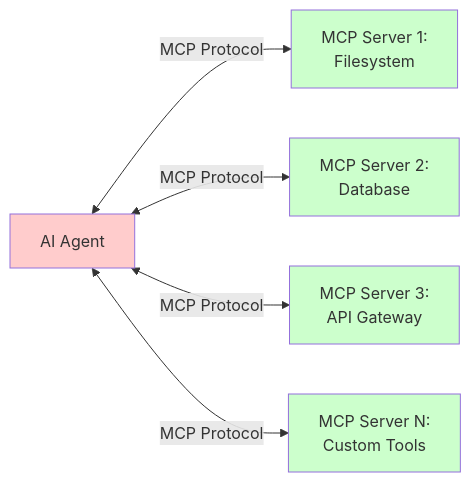
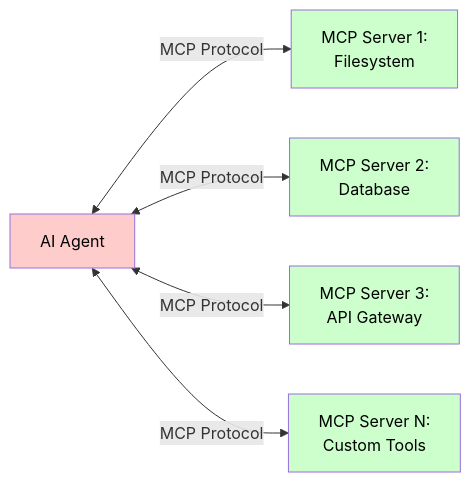
One commit to bprzybys-nc/ctx-eng-plus changed the sixth of 8 diagrams in docs/02-context-engineering-foundations.md. Above: the diagram before and after it, drawn with Mermaid. The commit also changed other lines of this file and 8 other files, not shown here.

````diff
--- a/docs/02-context-engineering-foundations.md
+++ b/docs/02-context-engineering-foundations.md
@@ -875,13 +898,13 @@
 ```mermaid
 graph LR
     A["AI Agent"] <-->|MCP Protocol| B["MCP Server 1:<br/>Filesystem"]
     A <-->|MCP Protocol| C["MCP Server 2:<br/>Database"]
     A <-->|MCP Protocol| D["MCP Server 3:<br/>API Gateway"]
     A <-->|MCP Protocol| E["MCP Server N:<br/>Custom Tools"]
 
-    style A fill:#ffcccc
-    style B fill:#ccffcc
-    style C fill:#ccffcc
-    style D fill:#ccffcc
-    style E fill:#ccffcc
+    style A fill:#ffcccc,color:#000
+    style B fill:#ccffcc,color:#000
+    style C fill:#ccffcc,color:#000
+    style D fill:#ccffcc,color:#000
+    style E fill:#ccffcc,color:#000
 ```
````
